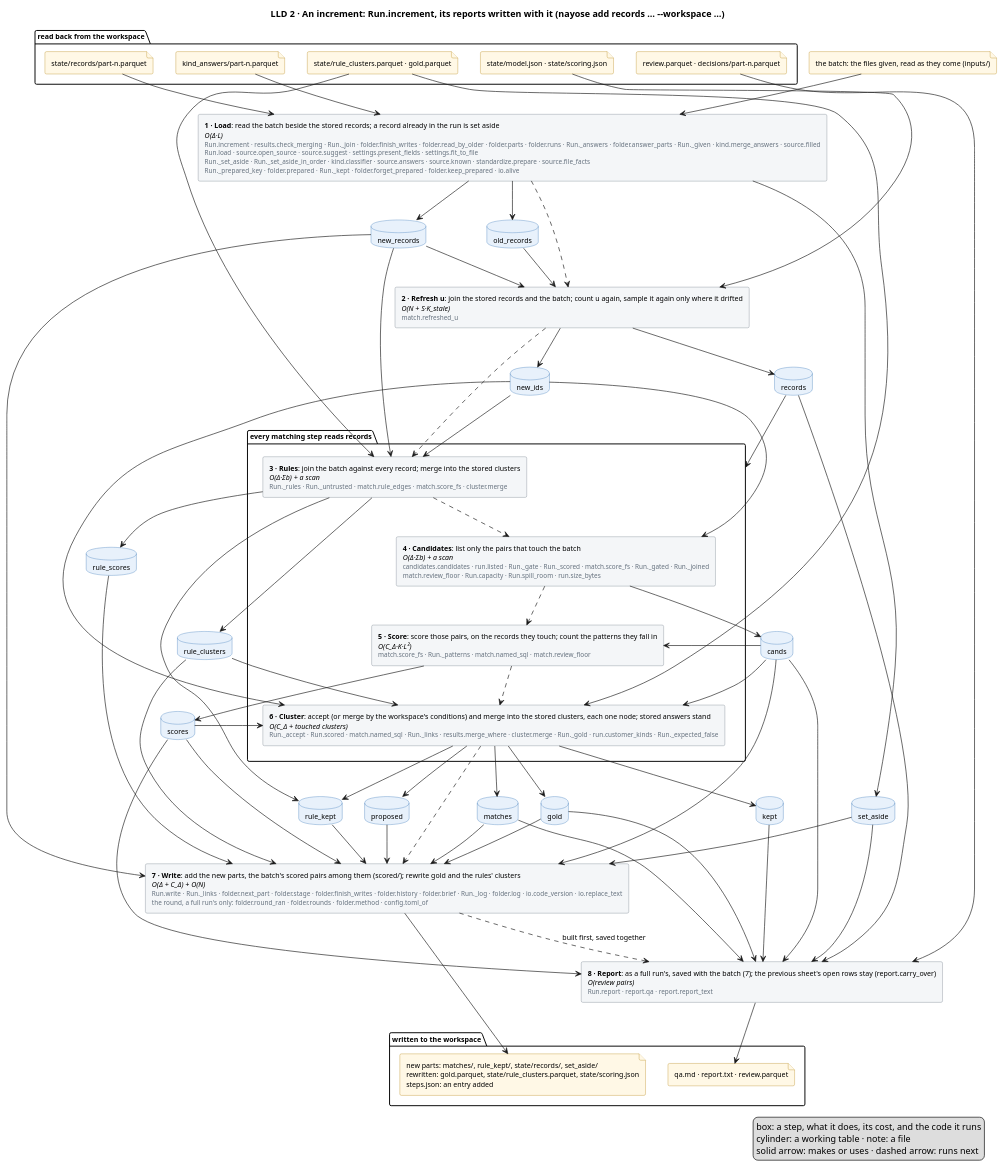
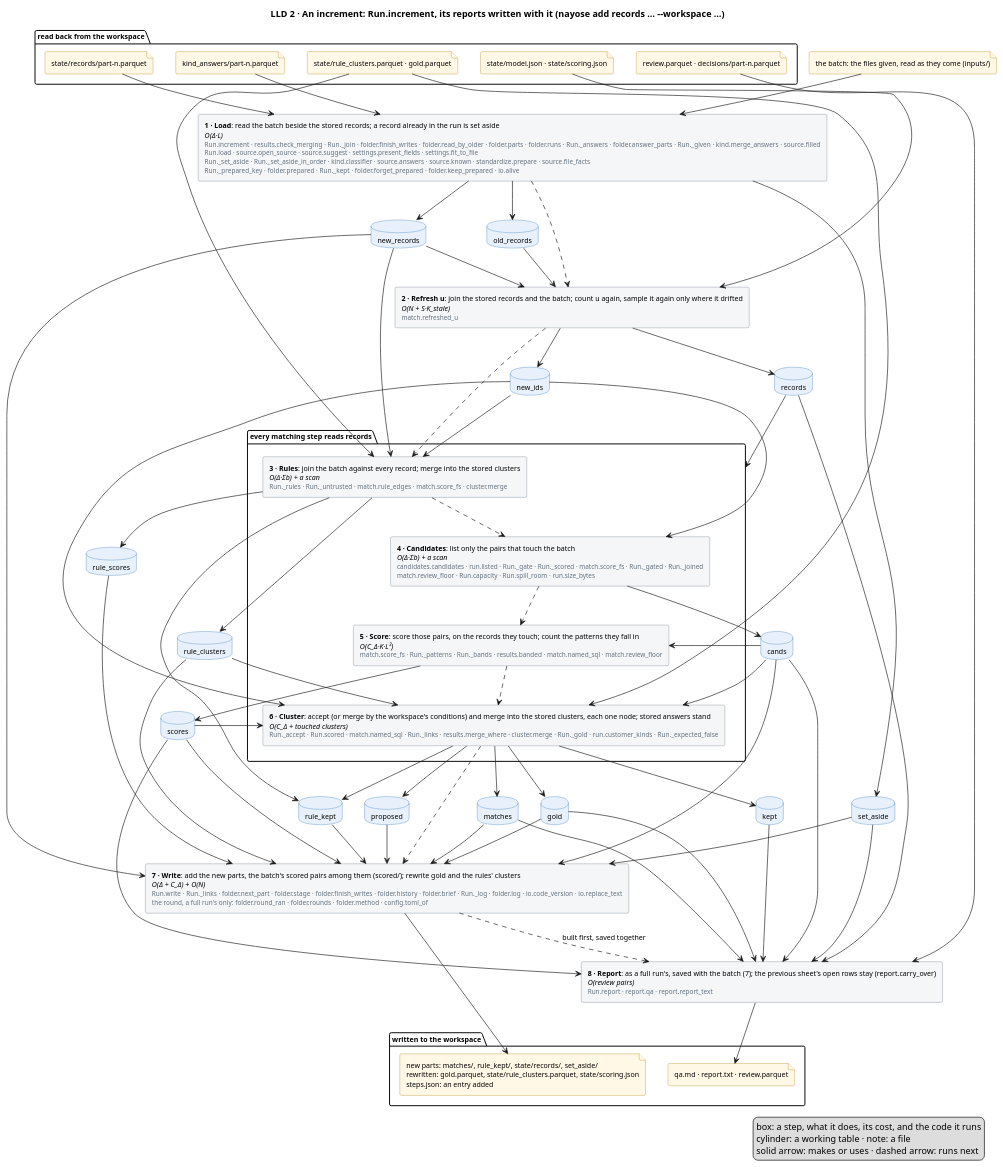
The diagram in docs/diagrams/increment.puml (mvsbm/entity_matching), drawn with PlantUML before and after one commit. The commit also changed 10 other files, not shown here.

Commit message:
The score chart from each run's own bands, every pair by its own points; a search reads values as given first, and folds them only when that finds nothing, a name's hiragana alone

```diff
--- a/docs/diagrams/increment.puml
+++ b/docs/diagrams/increment.puml
@@ -1,124 +1,124 @@
 @startuml increment
 title LLD 2 · An increment: Run.increment, its reports written with it (nayose add records … ~--workspace …)
 skinparam defaultFontSize 11
 skinparam rectangle {
   BackgroundColor #F4F6F8
   BorderColor #65717E
 }
 skinparam database {
   BackgroundColor #E8F1FB
   BorderColor #2C6DB3
 }
 skinparam file {
   BackgroundColor #FFF8E6
   BorderColor #B07D00
 }
 
 package "read back from the workspace" {
   file "state/model.json · state/scoring.json" as f_model
   file "state/records/part-n.parquet" as f_records
   file "state/rule_clusters.parquet · gold.parquet" as f_clusters
   file "kind_answers/part-n.parquet" as f_answers
   file "review.parquet · decisions/part-n.parquet" as f_sheet
 }
 file "the batch: the files given, read as they come (inputs/)" as f_batch
 
 
 rectangle "<b>1 · Load</b>: read the batch beside the stored records; a record already in the run is set aside\n<i>O(Δ·L)</i>\n<size:10><color:#65717E>Run.increment · results.check_merging · Run._join · folder.finish_writes · folder.read_by_older · folder.parts · folder.runs · Run._answers · folder.answer_parts · Run._given · kind.merge_answers · source.filled</color></size>\n<size:10><color:#65717E>Run.load · source.open_source · source.suggest · settings.present_fields · settings.fit_to_file</color></size>\n<size:10><color:#65717E>Run._set_aside · Run._set_aside_in_order · kind.classifier · source.answers · source.known · standardize.prepare · source.file_facts</color></size>\n<size:10><color:#65717E>Run._prepared_key · folder.prepared · Run._kept · folder.forget_prepared · folder.keep_prepared · io.alive</color></size>" as load
 rectangle "<b>2 · Refresh u</b>: join the stored records and the batch; count u again, sample it again only where it drifted\n<i>O(N + S·K_stale)</i>\n<size:10><color:#65717E>match.refreshed_u</color></size>" as fit
 package "every matching step reads records" as matching {
   rectangle "<b>3 · Rules</b>: join the batch against every record; merge into the stored clusters\n<i>O(Δ·Σb) + a scan</i>\n<size:10><color:#65717E>Run._rules · Run._untrusted · match.rule_edges · match.score_fs · cluster.merge</color></size>" as rules
   rectangle "<b>4 · Candidates</b>: list only the pairs that touch the batch\n<i>O(Δ·Σb) + a scan</i>\n<size:10><color:#65717E>candidates.candidates · run.listed · Run._gate · Run._scored · match.score_fs · Run._gated · Run._joined</color></size>\n<size:10><color:#65717E>match.review_floor · Run.capacity · Run.spill_room · run.size_bytes</color></size>" as candidates
-  rectangle "<b>5 · Score</b>: score those pairs, on the records they touch; count the patterns they fall in\n<i>O(C_Δ·K·L²)</i>\n<size:10><color:#65717E>match.score_fs · Run._patterns · match.named_sql · match.review_floor</color></size>" as score
+  rectangle "<b>5 · Score</b>: score those pairs, on the records they touch; count the patterns they fall in\n<i>O(C_Δ·K·L²)</i>\n<size:10><color:#65717E>match.score_fs · Run._patterns · Run._bands · results.banded · match.named_sql · match.review_floor</color></size>" as score
   rectangle "<b>6 · Cluster</b>: accept (or merge by the workspace's conditions) and merge into the stored clusters, each one node; stored answers stand\n<i>O(C_Δ + touched clusters)</i>\n<size:10><color:#65717E>Run._accept · Run.scored · match.named_sql · Run._links · results.merge_where · cluster.merge · Run._gold · run.customer_kinds · Run._expected_false</color></size>" as cluster
 }
 rectangle "<b>7 · Write</b>: add the new parts, the batch's scored pairs among them (scored/); rewrite gold and the rules' clusters\n<i>O(Δ + C_Δ) + O(N)</i>\n<size:10><color:#65717E>Run.write · Run._links · folder.next_part · folder.stage · folder.finish_writes · folder.history · folder.brief · Run._log · folder.log · io.code_version · io.replace_text</color></size>\n<size:10><color:#65717E>the round, a full run's only: folder.round_ran · folder.rounds · folder.method · config.toml_of</color></size>" as write
 rectangle "<b>8 · Report</b>: as a full run's, saved with the batch (7); the previous sheet's open rows stay (report.carry_over)\n<i>O(review pairs)</i>\n<size:10><color:#65717E>Run.report · report.qa · report.report_text</color></size>" as report
 database "old_records" as old_records
 database "new_records" as new_records
 database "set_aside" as set_aside
 database "records" as records
 database "new_ids" as new_ids
 database "rule_clusters" as rule_clusters
 database "rule_kept" as rule_kept
 database "cands" as cands
 database "scores" as scores
 database "rule_scores" as rule_scores
 database "matches" as matches
 database "proposed" as proposed
 database "kept" as kept
 database "gold" as gold
 
 package "written to the workspace" {
   file "new parts: matches/, rule_kept/, state/records/, set_aside/\nrewritten: gold.parquet, state/rule_clusters.parquet, state/scoring.json\nsteps.json: an entry added" as f_out
   file "qa.md · report.txt · review.parquet" as f_people
 }
 
 f_batch --> load
 f_records --> load
 f_answers --> load
 f_model --> fit
 f_clusters --> rules
 f_clusters --> cluster
 f_sheet --> report
 
 load ..> fit
 fit ..> rules
 rules ..> candidates
 candidates ..> score
 score ..> cluster
 cluster ..> write
 write ..> report : built first, saved together
 
 load --> old_records
 load --> new_records
 load --> set_aside
 old_records --> fit
 new_records --> fit
 fit --> records
 fit --> new_ids
 records --> matching
 new_records --> rules
 new_ids --> rules
 rules --> rule_clusters
 rules --> rule_kept
 rules --> rule_scores
 rule_scores --> write
 cands --> write
 scores --> write
 new_ids --> candidates
 candidates --> cands
 cands --> score
 score --> scores
 new_ids --> cluster
 rule_clusters --> cluster
 cands --> cluster
 scores --> cluster
 cluster --> matches
 cluster --> proposed
 cluster --> kept
 cluster --> rule_kept
 kept --> report
 proposed --> write
 cluster --> gold
 new_records --> write
 rule_clusters --> write
 rule_kept --> write
 matches --> write
 gold --> write
 set_aside --> write
 records --> report
 cands --> report
 scores --> report
 matches --> report
 gold --> report
 set_aside --> report
 
 write --> f_out
 report --> f_people
 legend right
   box: a step, what it does, its cost, and the code it runs
   cylinder: a working table · note: a file
   solid arrow: makes or uses · dashed arrow: runs next
 endlegend
 @enduml
```
